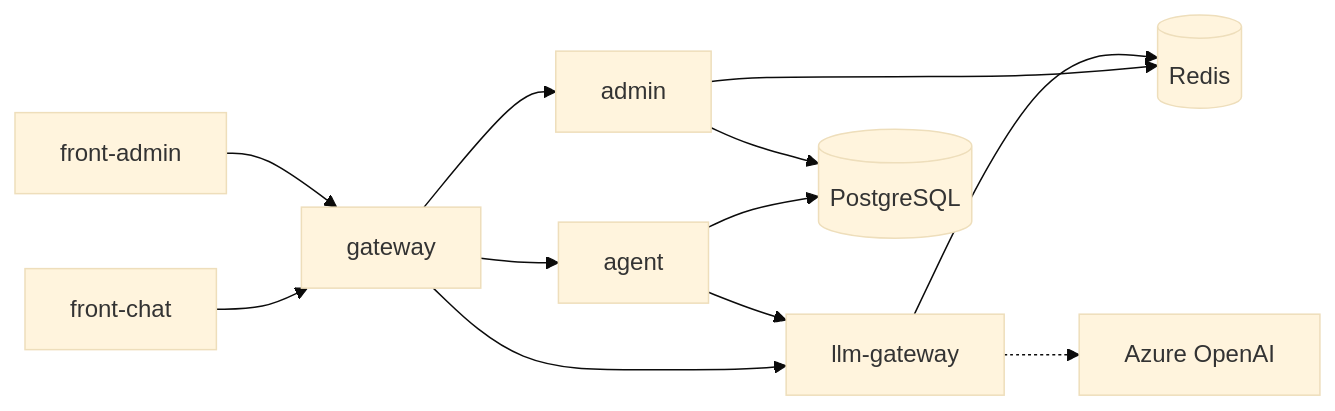
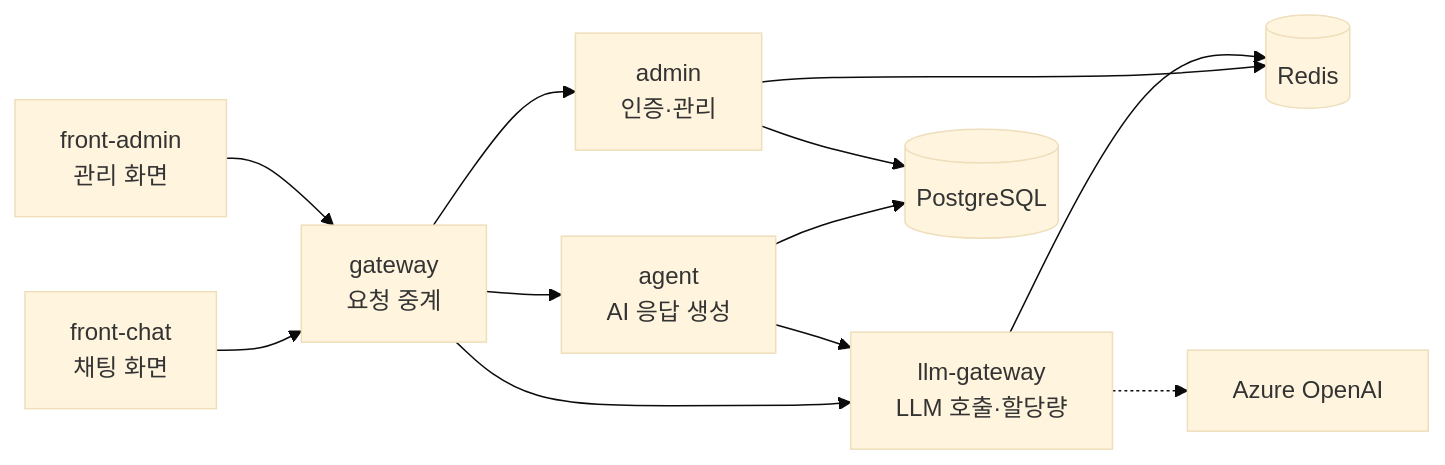
The first of 2 diagrams in docs/산출물/02-문제정의및서비스기획.md (skax-jihyeryu/KubeGuardian), drawn with Mermaid (base theme) before and after one commit. The commit also changed other lines of this file and 11 other files, not shown here.

````diff
--- a/docs/산출물/02-문제정의및서비스기획.md
+++ b/docs/산출물/02-문제정의및서비스기획.md
@@ -21,14 +30,14 @@
 ```mermaid
 flowchart LR
-    FC[front-chat] --> GW[gateway]
-    FA[front-admin] --> GW
-    GW --> AG[agent]
-    GW --> AD[admin]
-    GW --> LG[llm-gateway]
+    FC[front-chat<br/>채팅 화면] --> GW[gateway<br/>요청 중계]
+    FA[front-admin<br/>관리 화면] --> GW
+    GW --> AG[agent<br/>AI 응답 생성]
+    GW --> AD[admin<br/>인증·관리]
+    GW --> LG[llm-gateway<br/>LLM 호출·할당량]
     AG --> LG
     AG --> PG[(PostgreSQL)]
     AD --> PG
     AD --> RD[(Redis)]
     LG --> RD
     LG -.-> AOAI[Azure OpenAI]
 ```
````
